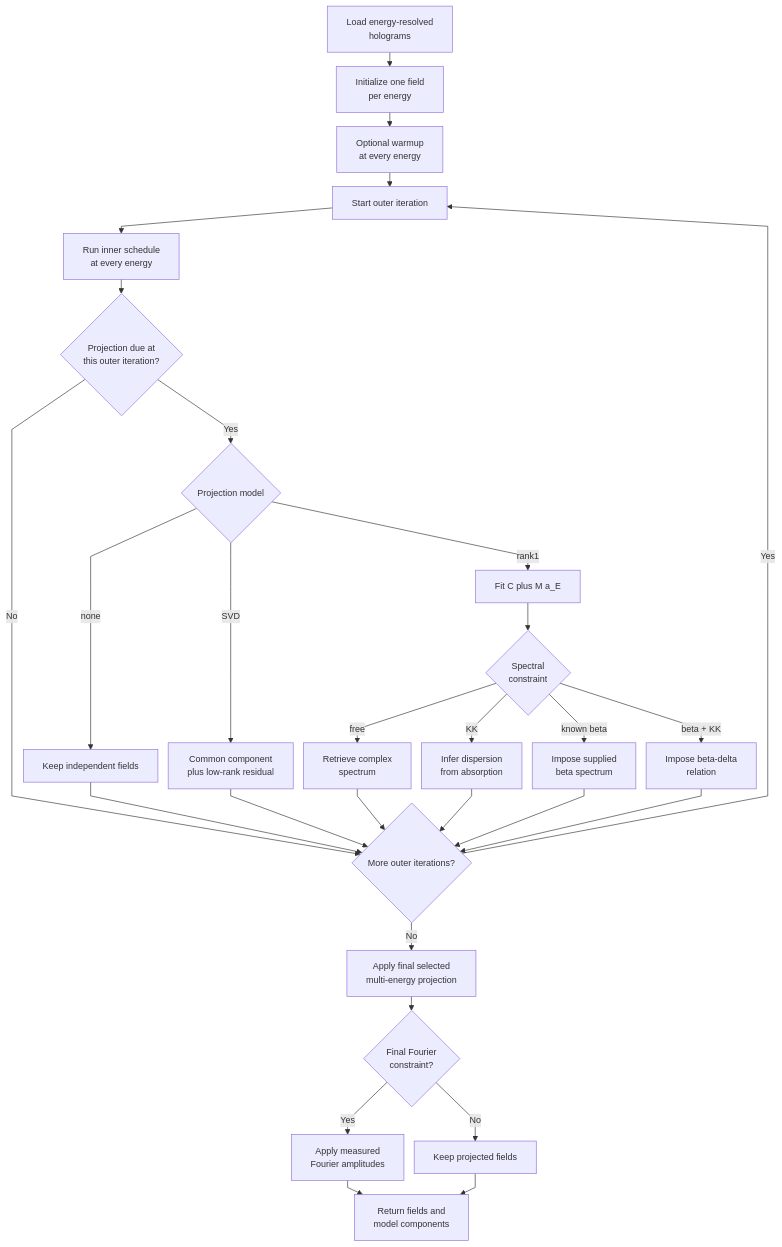
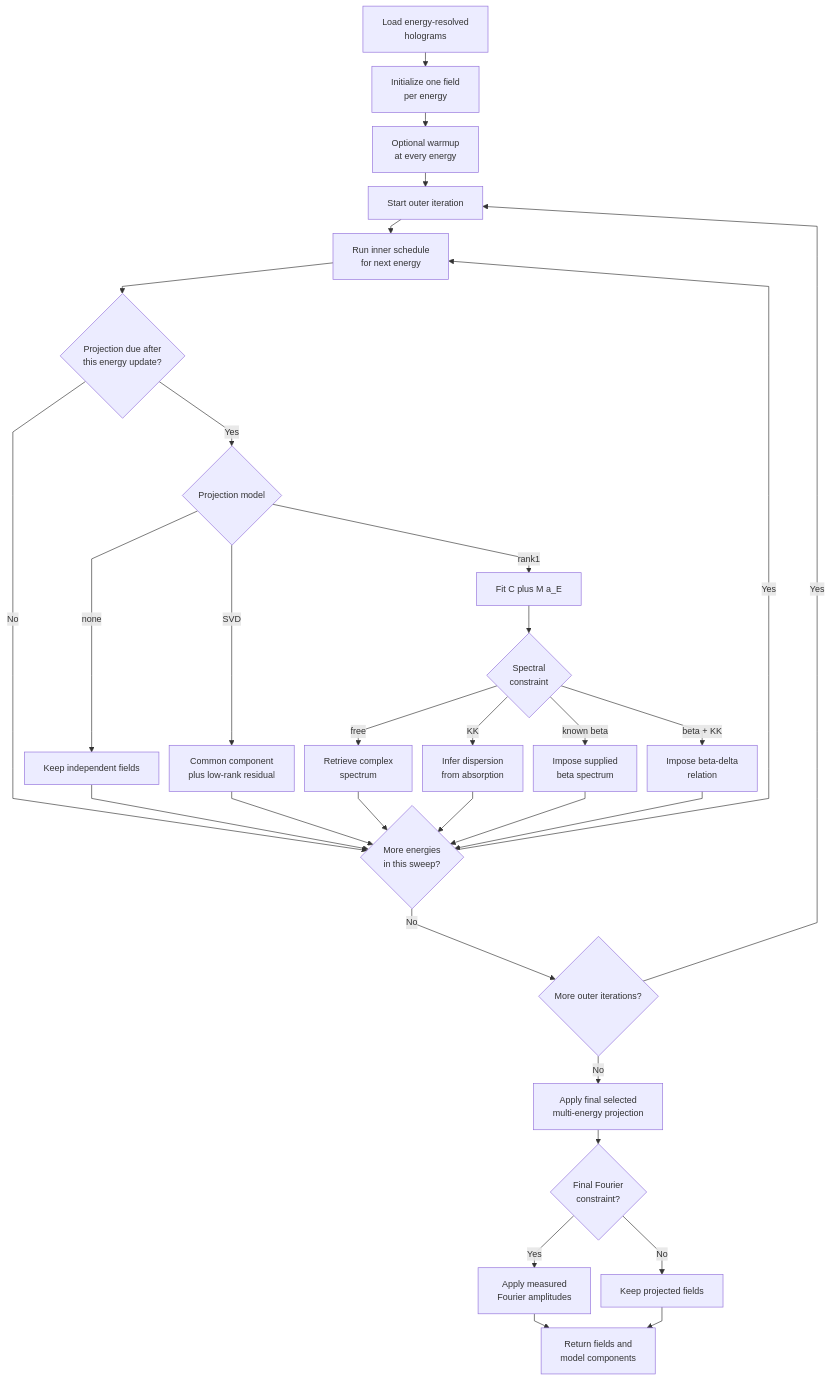
One commit to riccbatt/FTH-Phase-Retrieval-2609-SOLEIL-SEXTANTS changed the third of 7 diagrams in docs/phase_retrieval_libraries.md. Above: the diagram before and after it, drawn with Mermaid. The commit also changed other lines of this file and 15 other files, not shown here.

````diff
--- a/docs/phase_retrieval_libraries.md
+++ b/docs/phase_retrieval_libraries.md
@@ -363,32 +369,34 @@
 ```mermaid
 %%{init: {"flowchart": {"nodeSpacing": 16, "rankSpacing": 22, "curve": "linear"}, "themeVariables": {"fontSize": "14px"}}}%%
 flowchart TD
     A[Load energy-resolved<br/>holograms] --> B[Initialize one field<br/>per energy]
     B --> C[Optional warmup<br/>at every energy]
     C --> D[Start outer iteration]
-    D --> E[Run inner schedule<br/>at every energy]
-    E --> F{Projection due at<br/>this outer iteration?}
-    F -- No --> P{More outer iterations?}
+    D --> E[Run inner schedule<br/>for next energy]
+    E --> F{Projection due after<br/>this energy update?}
+    F -- No --> V{More energies<br/>in this sweep?}
     F -- Yes --> G{Projection model}
     G -- none --> H[Keep independent fields]
     G -- SVD --> I[Common component<br/>plus low-rank residual]
     G -- rank1 --> J[Fit C plus M a_E]
     J --> K{Spectral<br/>constraint}
     K -- free --> L[Retrieve complex<br/>spectrum]
     K -- KK --> M[Infer dispersion<br/>from absorption]
     K -- known beta --> N[Impose supplied<br/>beta spectrum]
     K -- beta + KK --> O[Impose beta-delta<br/>relation]
-    H --> P{More outer iterations?}
-    I --> P
-    L --> P
-    M --> P
-    N --> P
-    O --> P
+    H --> V
+    I --> V
+    L --> V
+    M --> V
+    N --> V
+    O --> V
+    V -- Yes --> E
+    V -- No --> P{More outer iterations?}
     P -- Yes --> D
     P -- No --> Q[Apply final selected<br/>multi-energy projection]
     Q --> R{Final Fourier<br/>constraint?}
     R -- Yes --> S[Apply measured<br/>Fourier amplitudes]
     R -- No --> T[Keep projected fields]
     S --> U[Return fields and<br/>model components]
     T --> U
 ```
````
